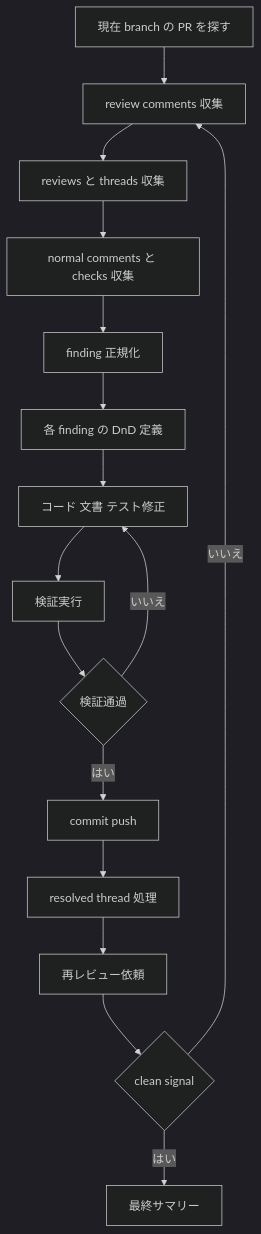
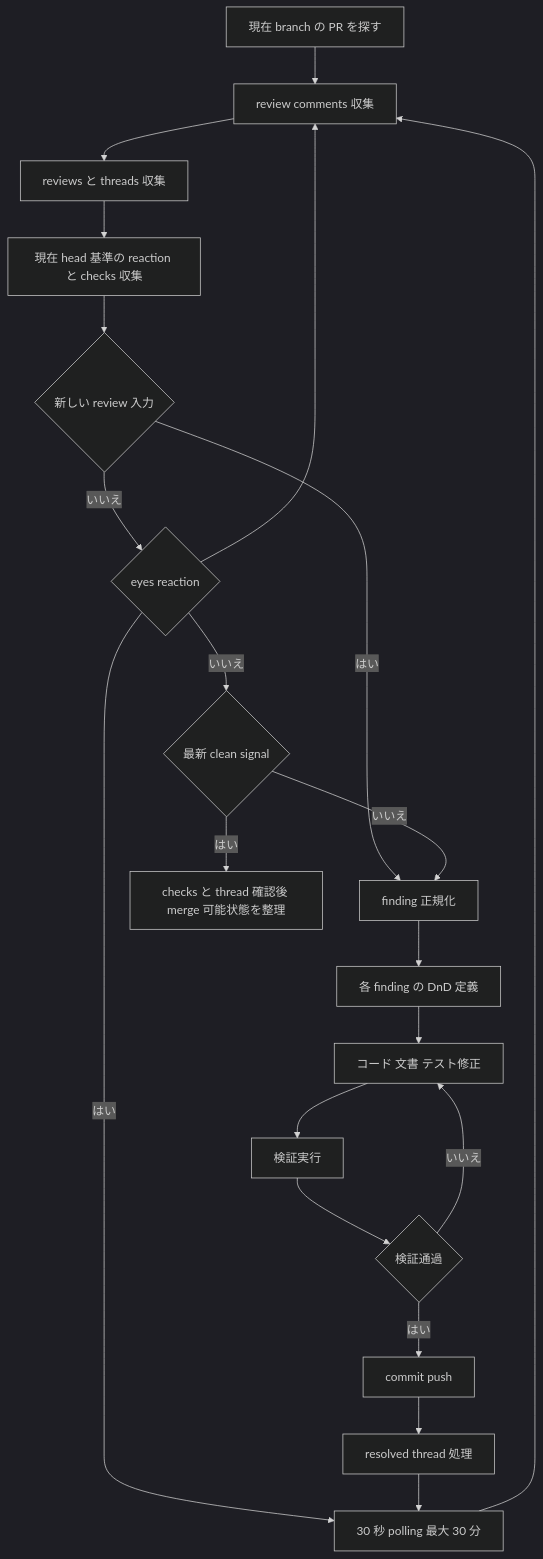
Before and after one commit to limcpf/octosmith: the eighth of 11 diagrams in README.ja.md, drawn with Mermaid (dark theme). The commit also changed other lines of this file and 6 other files, not shown here.

````diff
--- a/README.ja.md
+++ b/README.ja.md
@@ -216,18 +221,23 @@
 ```mermaid
 flowchart TD
   A[現在 branch の PR を探す] --> B[review comments 収集]
   B --> C[reviews と threads 収集]
-  C --> D[normal comments と checks 収集]
-  D --> E[finding 正規化]
-  E --> F[各 finding の DnD 定義]
-  F --> G[コード 文書 テスト修正]
-  G --> H[検証実行]
-  H --> I{検証通過}
-  I -->|いいえ| G
-  I -->|はい| J[commit push]
-  J --> K[resolved thread 処理]
-  K --> L[再レビュー依頼]
-  L --> M{clean signal}
-  M -->|いいえ| B
-  M -->|はい| N[最終サマリー]
+  C --> D[現在 head 基準の reaction と checks 収集]
+  D --> E{新しい review 入力}
+  E -->|はい| I[finding 正規化]
+  E -->|いいえ| F{eyes reaction}
+  F --> B
+  F -->|はい| P[30 秒 polling 最大 30 分]
+  F -->|いいえ| G{最新 clean signal}
+  G -->|はい| H[checks と thread 確認後 merge 可能状態を整理]
+  G -->|いいえ| I[finding 正規化]
+  I --> J[各 finding の DnD 定義]
+  J --> K[コード 文書 テスト修正]
+  K --> L[検証実行]
+  L --> M{検証通過}
+  M -->|いいえ| K
+  M -->|はい| N[commit push]
+  N --> O[resolved thread 処理]
+  O --> P
+  P --> B
 ```
````
